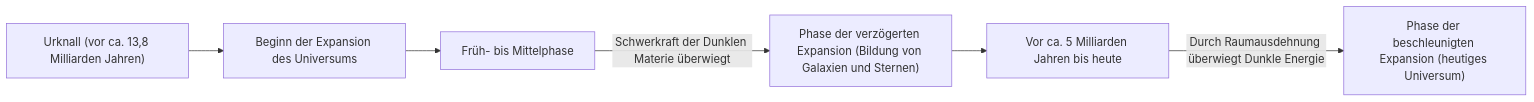
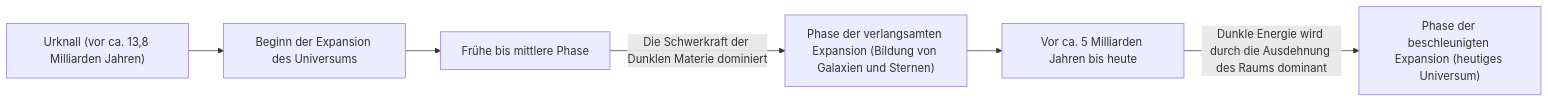
The second of 2 diagrams in content/post/dark-matter-dark-energy-mysteries/index.de.md (kenjinote/blog), drawn with Mermaid before and after one commit. The commit also changed other lines of this file and 12 other files, not shown here.

````diff
--- a/content/post/dark-matter-dark-energy-mysteries/index.de.md
+++ b/content/post/dark-matter-dark-energy-mysteries/index.de.md
@@ -83,8 +89,8 @@
 ```mermaid
 graph LR
     A["Urknall (vor ca. 13,8 Milliarden Jahren)"] --> B["Beginn der Expansion des Universums"]
-    B --> C["Früh- bis Mittelphase"]
-    C -->|"Schwerkraft der Dunklen Materie überwiegt"| D["Phase der verzögerten Expansion (Bildung von Galaxien und Sternen)"]
+    B --> C["Frühe bis mittlere Phase"]
+    C -- "Die Schwerkraft der Dunklen Materie dominiert" --> D["Phase der verlangsamten Expansion (Bildung von Galaxien und Sternen)"]
     D --> E["Vor ca. 5 Milliarden Jahren bis heute"]
-    E -->|"Durch Raumausdehnung überwiegt Dunkle Energie"| F["Phase der beschleunigten Expansion (heutiges Universum)"]
+    E -- "Dunkle Energie wird durch die Ausdehnung des Raums dominant" --> F["Phase der beschleunigten Expansion (heutiges Universum)"]
 ```
````
